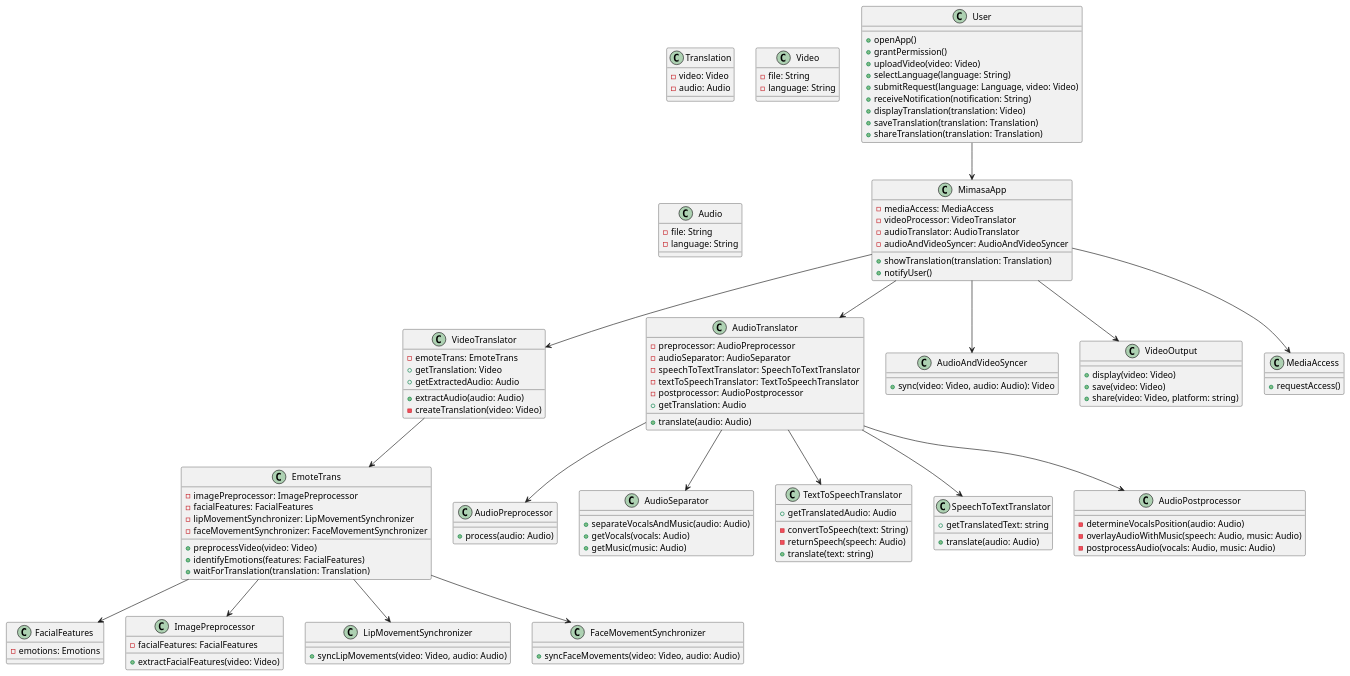
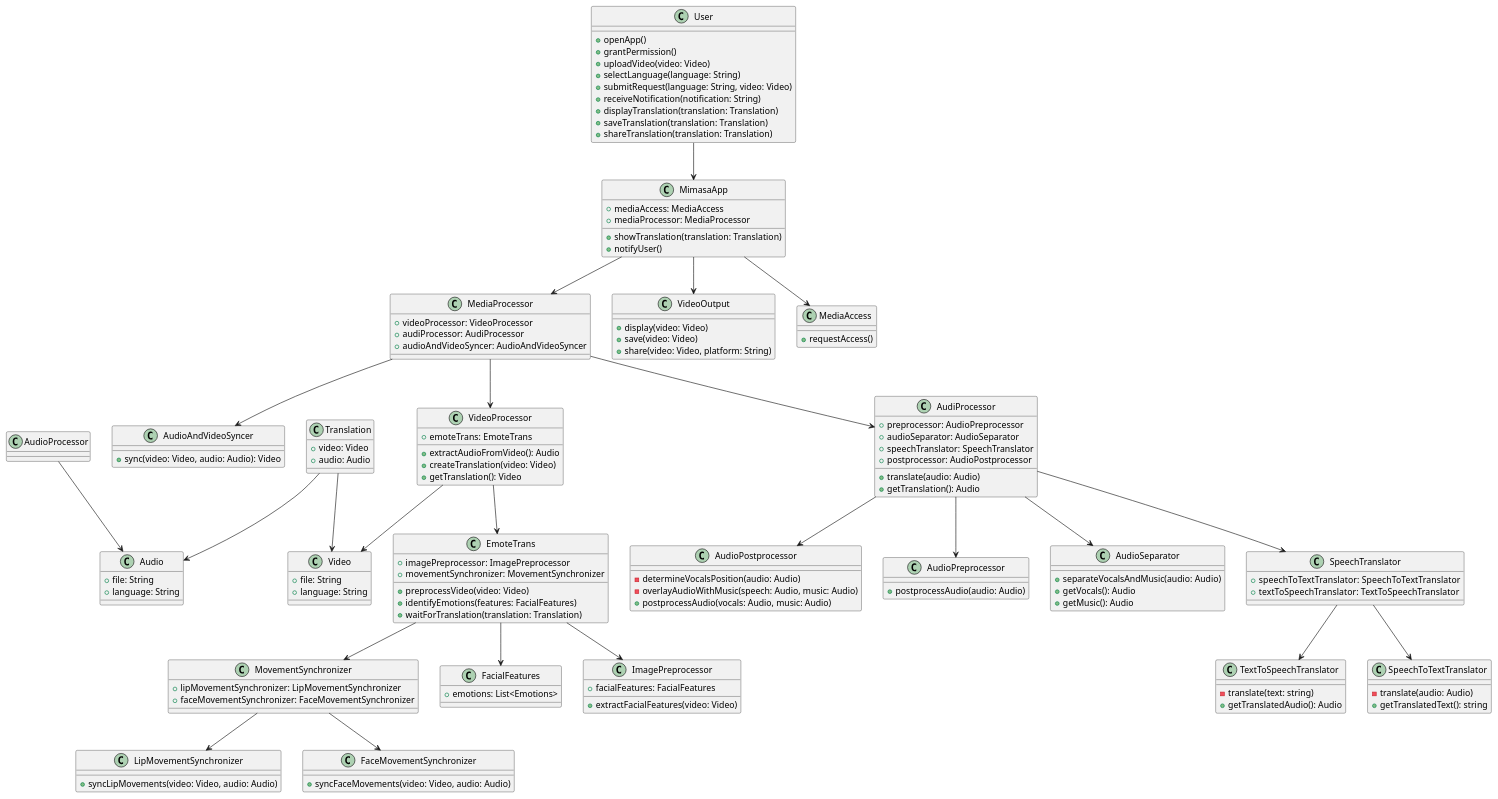
The diagram in mimasa/docs/design/class-diagrams.puml (developers-cosmos/Mimasa), drawn with PlantUML before and after one commit. The commit also changed 3 other files, not shown here.

```diff
--- a/mimasa/docs/design/class-diagrams.puml
+++ b/mimasa/docs/design/class-diagrams.puml
@@ -1,146 +1,169 @@
 @startuml Mimasa - Components Class Diagrams
 
 class User {
     +openApp()
     +grantPermission()
     +uploadVideo(video: Video)
     +selectLanguage(language: String)
-    +submitRequest(language: Language, video: Video)
+    +submitRequest(language: String, video: Video)
     +receiveNotification(notification: String)
-    +displayTranslation(translation: Video)
+    +displayTranslation(translation: Translation)
     +saveTranslation(translation: Translation)
     +shareTranslation(translation: Translation)
 }
 
+class MediaProcessor {
+    +videoProcessor: VideoProcessor
+    +audiProcessor: AudiProcessor
+    +audioAndVideoSyncer: AudioAndVideoSyncer
+}
+
 class MimasaApp {
-    -mediaAccess: MediaAccess
-    -videoProcessor: VideoTranslator
-    -audioTranslator: AudioTranslator
-    -audioAndVideoSyncer: AudioAndVideoSyncer
+    +mediaAccess: MediaAccess
+    +mediaProcessor: MediaProcessor
     +showTranslation(translation: Translation)
     +notifyUser()
 }
 
-class VideoTranslator {
-    +extractAudio(audio: Audio)
-    -emoteTrans: EmoteTrans
-    -createTranslation(video: Video)
-    +getTranslation: Video
-    +getExtractedAudio: Audio
+class VideoProcessor {
+    +extractAudioFromVideo(): Audio
+    +emoteTrans: EmoteTrans
+    +createTranslation(video: Video)
+    +getTranslation(): Video
 }
 
-class AudioTranslator {
+class AudiProcessor {
     +translate(audio: Audio)
-    -preprocessor: AudioPreprocessor
-    -audioSeparator: AudioSeparator
-    -speechToTextTranslator: SpeechToTextTranslator
-    -textToSpeechTranslator: TextToSpeechTranslator
-    -postprocessor: AudioPostprocessor
-    +getTranslation: Audio
+    +preprocessor: AudioPreprocessor
+    +audioSeparator: AudioSeparator
+    +speechTranslator: SpeechTranslator
+    +postprocessor: AudioPostprocessor
+    +getTranslation(): Audio
 }
 
 class AudioAndVideoSyncer {
     +sync(video: Video, audio: Audio): Video
 }
 
 class Translation {
-    -video: Video
-    -audio: Audio
+    +video: Video
+    +audio: Audio
 }
 
 class VideoOutput {
     +display(video: Video)
     +save(video: Video)
-    +share(video: Video, platform: string)
+    +share(video: Video, platform: String)
 }
 
 class MediaAccess {
     +requestAccess()
 }
 
 class Video {
-    -file: String
-    -language: String
+    +file: String
+    +language: String
 }
 
 class Audio {
-    -file: String
-    -language: String
+    +file: String
+    +language: String
 }
 
 class FacialFeatures {
-    -emotions: Emotions
+    +emotions: List<Emotions>
 }
 
 class ImagePreprocessor {
     +extractFacialFeatures(video: Video)
-    -facialFeatures: FacialFeatures
+    +facialFeatures: FacialFeatures
 }
 
 class LipMovementSynchronizer {
     +syncLipMovements(video: Video, audio: Audio)
 }
 
 class FaceMovementSynchronizer {
     +syncFaceMovements(video: Video, audio: Audio)
 }
 
+class MovementSynchronizer {
+    +lipMovementSynchronizer: LipMovementSynchronizer
+    +faceMovementSynchronizer: FaceMovementSynchronizer
+}
+
 class EmoteTrans {
     +preprocessVideo(video: Video)
-    -imagePreprocessor: ImagePreprocessor
+    +imagePreprocessor: ImagePreprocessor
     +identifyEmotions(features: FacialFeatures)
     +waitForTranslation(translation: Translation)
-    -facialFeatures: FacialFeatures
-    -lipMovementSynchronizer: LipMovementSynchronizer
-    -faceMovementSynchronizer: FaceMovementSynchronizer
+    +movementSynchronizer: MovementSynchronizer
 }
 
 class AudioPreprocessor {
-    +process(audio: Audio)
+    +postprocessAudio(audio: Audio)
 }
 
 class AudioSeparator {
     +separateVocalsAndMusic(audio: Audio)
-    +getVocals(vocals: Audio)
-    +getMusic(music: Audio)
+    +getVocals(): Audio
+    +getMusic(): Audio
+}
+
+class SpeechToTextTranslator {
+    -translate(audio: Audio)
+    +getTranslatedText(): string
 }
 
 class TextToSpeechTranslator {
-    -convertToSpeech(text: String)
-    -returnSpeech(speech: Audio)
+    -translate(text: string)
+    +getTranslatedAudio(): Audio
 }
 
-class SpeechToTextTranslator {
-    +translate(audio: Audio)
-    +getTranslatedText: string
-}
-
-class TextToSpeechTranslator {
-    +translate(text: string)
-    +getTranslatedAudio: Audio
+class SpeechTranslator {
+    +speechToTextTranslator: SpeechToTextTranslator
+    +textToSpeechTranslator: TextToSpeechTranslator
 }
 
 class AudioPostprocessor {
     -determineVocalsPosition(audio: Audio)
     -overlayAudioWithMusic(speech: Audio, music: Audio)
-    -postprocessAudio(vocals: Audio, music: Audio)
+    +postprocessAudio(vocals: Audio, music: Audio)
 }
 
 User -down-> MimasaApp
+
 MimasaApp -down-> MediaAccess
-MimasaApp -down-> VideoTranslator
-MimasaApp -down-> AudioTranslator
-VideoTranslator -down-> EmoteTrans
+MimasaApp -down-> MediaProcessor
+
+MediaProcessor -down-> VideoProcessor
+MediaProcessor -down-> AudiProcessor
+MediaProcessor -down-> AudioAndVideoSyncer
+
+'video processing components'
+VideoProcessor -down-> EmoteTrans
+VideoProcessor -down-> Video
+
 EmoteTrans -down-> ImagePreprocessor
 EmoteTrans -down-> FacialFeatures
-EmoteTrans -down-> LipMovementSynchronizer
-EmoteTrans -down-> FaceMovementSynchronizer
-AudioTranslator -down-> AudioPreprocessor
-AudioTranslator -down-> AudioSeparator
-AudioTranslator -down-> SpeechToTextTranslator
-AudioTranslator -down-> TextToSpeechTranslator
-AudioTranslator -down-> AudioPostprocessor
-MimasaApp -down-> AudioAndVideoSyncer
+EmoteTrans -down-> MovementSynchronizer
+
+MovementSynchronizer -down-> LipMovementSynchronizer
+MovementSynchronizer -down-> FaceMovementSynchronizer
+
+'audio processing components'
+AudiProcessor -down-> AudioPreprocessor
+AudiProcessor -down-> AudioSeparator
+AudiProcessor -down-> SpeechTranslator
+AudiProcessor -down-> AudioPostprocessor
+AudioProcessor -down-> Audio
+
+SpeechTranslator -down-> SpeechToTextTranslator
+SpeechTranslator -down-> TextToSpeechTranslator
+
+Translation -down-> Audio
+Translation -down-> Video
+
 MimasaApp -down-> VideoOutput
 
 @enduml
```
